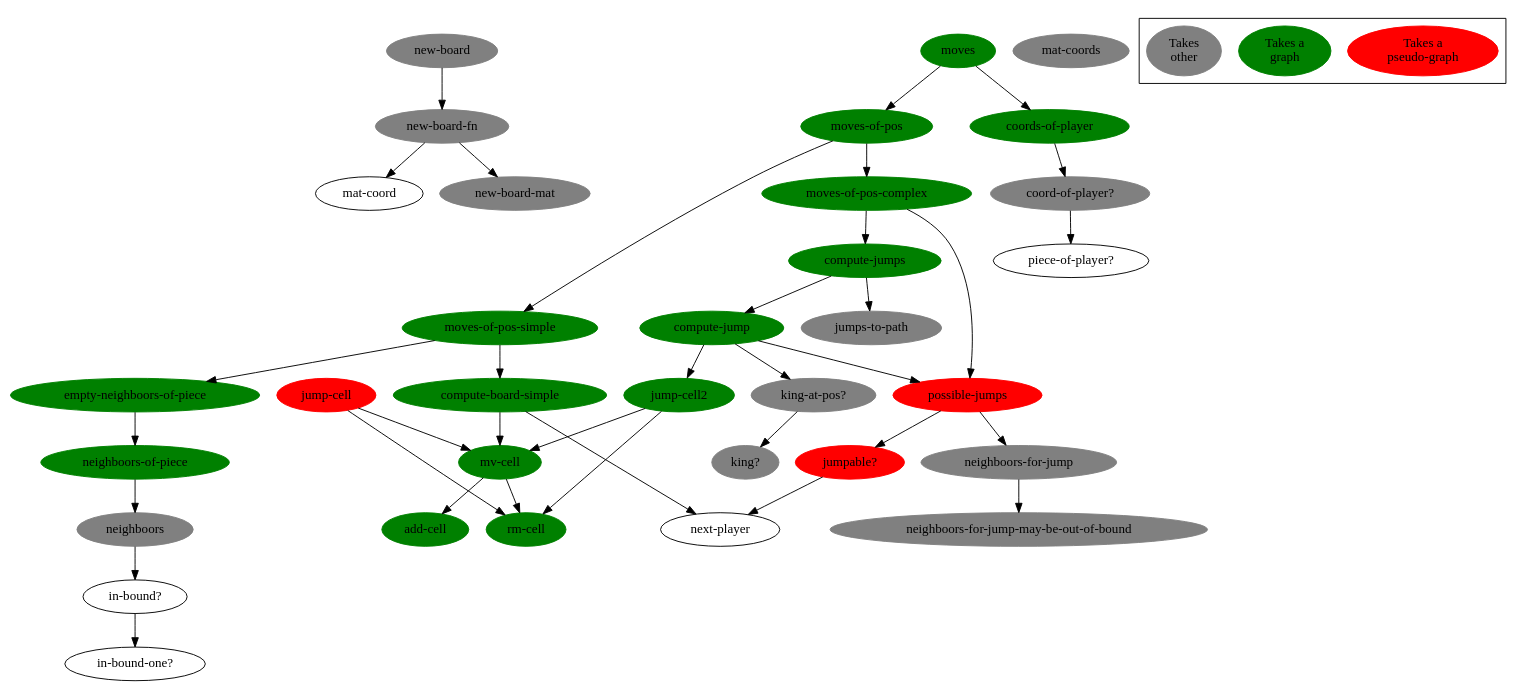
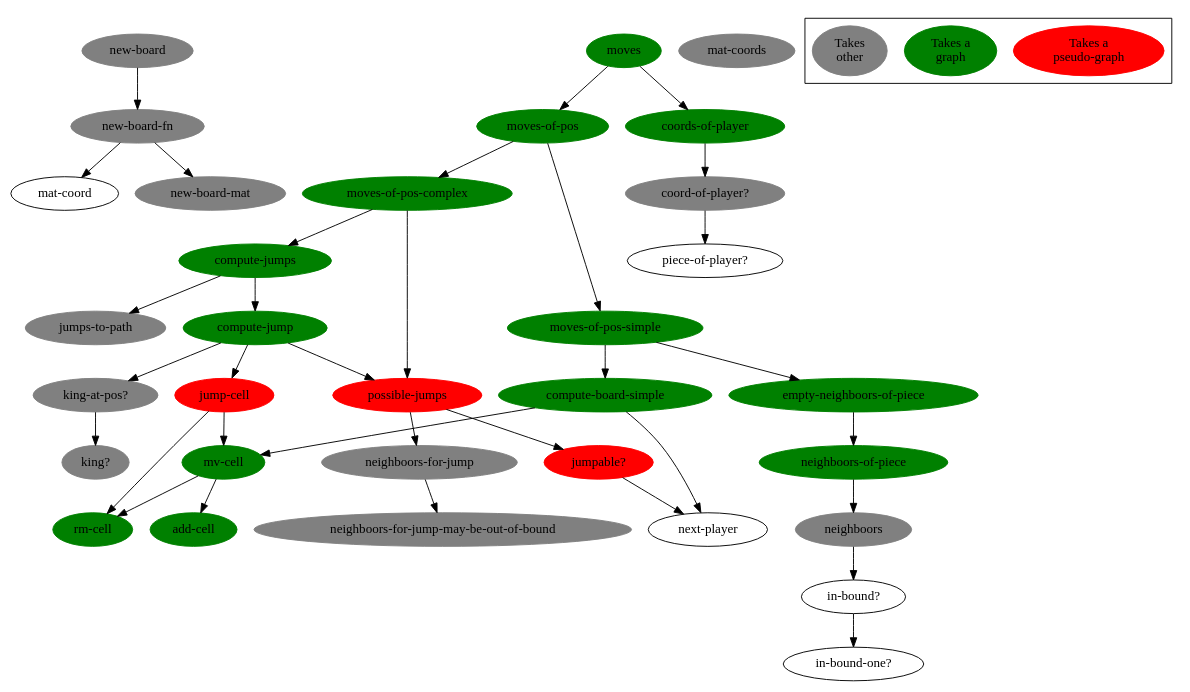
Before and after one commit to denlab/clojure-plays-checkers: the diagram in doc/function-graph-detailled.dot, drawn with Graphviz. The commit also changed 1 other file, not shown here.

Commit message:
refacto-in-progress: renamed jump-cell2 -> jump-cell

```diff
--- a/doc/function-graph-detailled.dot
+++ b/doc/function-graph-detailled.dot
@@ -1,117 +1,113 @@
 digraph funtions {
 
 /******************************************************************************
  *                         edges                                              *         
  ******************************************************************************/
 
         "new-board-fn" -> "mat-coord";
         "new-board-fn" -> "new-board-mat";
         
         "new-board" -> "new-board-fn";
 
         "in-bound?" -> "in-bound-one?";
 
         "neighboors" -> "in-bound?";
 
         "neighboors-of-piece" -> "neighboors";
 
         "empty-neighboors-of-piece" -> "neighboors-of-piece";
 
         "mv-cell" -> "rm-cell";
         "mv-cell" -> "add-cell";
 
         "compute-board-simple" -> "mv-cell";
         "compute-board-simple" -> "next-player";
 
         "moves-of-pos-simple" -> "compute-board-simple";
         "moves-of-pos-simple" ->  "empty-neighboors-of-piece";
         
         "neighboors-for-jump" -> "neighboors-for-jump-may-be-out-of-bound";
 
         "jumpable?" -> "next-player";
 
         "possible-jumps" -> "jumpable?";
         "possible-jumps" -> "neighboors-for-jump";
 
         "jump-cell" -> "rm-cell";
         "jump-cell" -> "mv-cell";
 
-        "jump-cell2" -> "rm-cell";
-        "jump-cell2" -> "mv-cell";
-
         "king-at-pos?" -> "king?";
 
-        "compute-jump" -> "jump-cell2";
+        "compute-jump" -> "jump-cell";
         "compute-jump" -> "possible-jumps";
         "compute-jump" -> "king-at-pos?";
 
         "compute-jumps" -> "compute-jump";
         "compute-jumps" -> "jumps-to-path";
 
         "moves-of-pos-complex" -> "compute-jumps";
         "moves-of-pos-complex" -> "possible-jumps";
 
         "moves-of-pos" -> "moves-of-pos-simple";
         "moves-of-pos" -> "moves-of-pos-complex";
 
         "coord-of-player?" -> "piece-of-player?";
 
         "coords-of-player" -> "coord-of-player?";
 
         "moves" -> "moves-of-pos";
         "moves" -> "coords-of-player";
 
 /******************************************************************************
  *                         nodes                                              *         
  ******************************************************************************/
 
         "moves"[bgcolor=green color=green style=filled];
         "coords-of-player"[bgcolor=green color=green style=filled];
         "moves-of-pos"[bgcolor=green color=green style=filled];
         "moves-of-pos-complex"[bgcolor=green color=green style=filled];
         "moves-of-pos-simple"[bgcolor=green color=green style=filled];
         "compute-board-simple"[bgcolor=green color=green style=filled];
         "mv-cell"[bgcolor=green color=green style=filled];
         "add-cell"[bgcolor=green color=green style=filled];
         "rm-cell"[bgcolor=green color=green style=filled];
         "empty-neighboors-of-piece"[bgcolor=green color=green style=filled];
         "neighboors-of-piece"[bgcolor=green color=green style=filled];
 
         "compute-jump"[bgcolor=green color=green style=filled];
 
         "jump-cell"[bgcolor=red color=red style=filled];
-        "jump-cell2"[bgcolor=green color=green style=filled];
         "possible-jumps"[bgcolor=red color=red style=filled];
         "jumpable?"[bgcolor=red color=red style=filled];
 
         "coord-of-player?"[bgcolor=grey color=grey style=filled];
         "jumps-to-path"[bgcolor=grey color=grey style=filled];
         "king-at-pos?"[bgcolor=grey color=grey style=filled];
         "king?"[bgcolor=grey color=grey style=filled];
         "neighboors-for-jump"[bgcolor=grey color=grey style=filled];
         "neighboors-for-jump-may-be-out-of-bound"[bgcolor=grey color=grey style=filled];
         "neighboors"[bgcolor=grey color=grey style=filled];
         "new-board"[bgcolor=grey color=grey style=filled];
         "new-board-fn"[bgcolor=grey color=grey style=filled];
         "new-board-mat"[bgcolor=grey color=grey style=filled];
         "mat-coords"[bgcolor=grey color=grey style=filled];
 
 
         "compute-jumps"[bgcolor=green color=green style=filled];
 
 /******************************************************************************
  *                         legend                                             *         
  ******************************************************************************/
 
         "Takes a\npseudo-graph"[bgcolor=red color=red style=filled];
         "Takes a\ngraph"[bgcolor=green color=green style=filled];
 //        "Takes\nother"[bgcolor="#94003f" color="#94003f" style=filled];
         "Takes\nother"[bgcolor=grey color=grey style=filled];
 
         subgraph "cluster-legend" {
                 "Takes a\npseudo-graph";
                 "Takes a\ngraph";
                 "Takes\nother";
         }
 
 }
```
